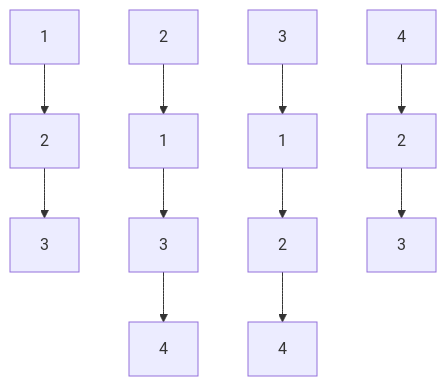
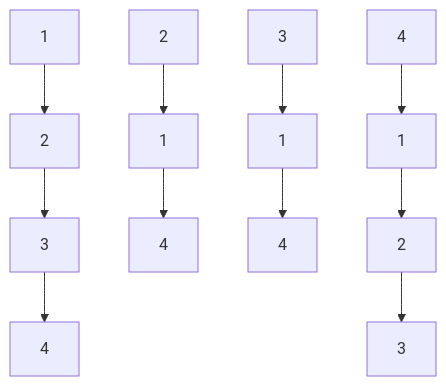
The third of 7 diagrams in dna/Graph theory.md (herzamos/ethz-summaries), drawn with Mermaid before and after one commit. The commit also changed 1 other file, not shown here.

````diff
--- a/dna/Graph theory.md
+++ b/dna/Graph theory.md
@@ -63,8 +63,8 @@
 ```mermaid
 graph TB
 1 & 2 & 3 & 4
-1 --> A[2] --> B[3]
-2 --> C[1] --> D[3] --> E[4]
-3 --> AA[1] --> BB[2] --> CC[4]
-4 --> AAA[2] --> BBB[3]
+1 --> A[2] --> B[3] --> Z[4]
+2 --> C[1] --> E[4]
+3 --> AA[1] --> CC[4]
+4 --> W[1] --> AAA[2] --> BBB[3]
 ```
````
